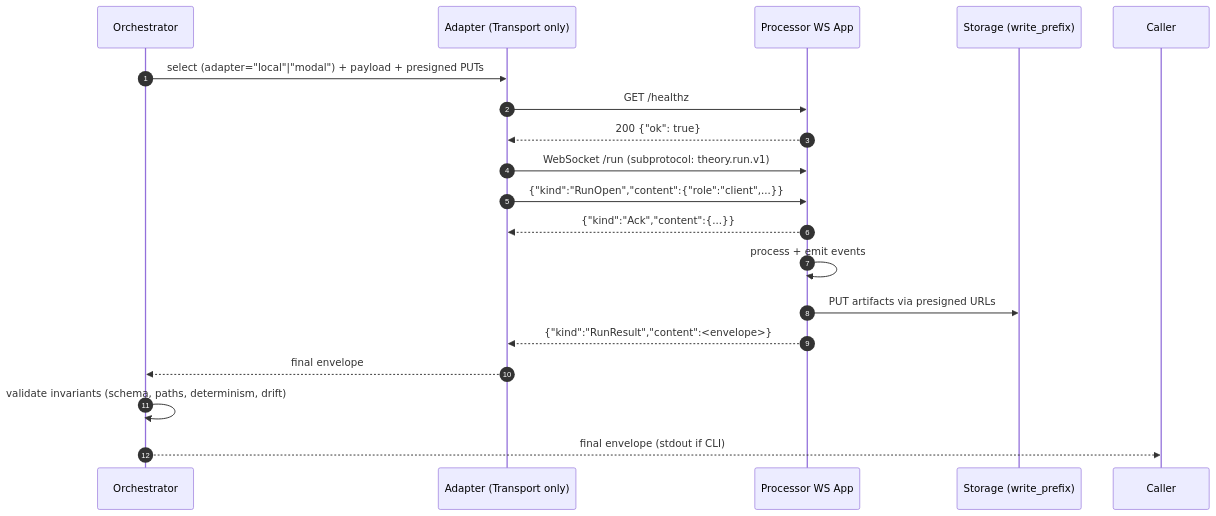
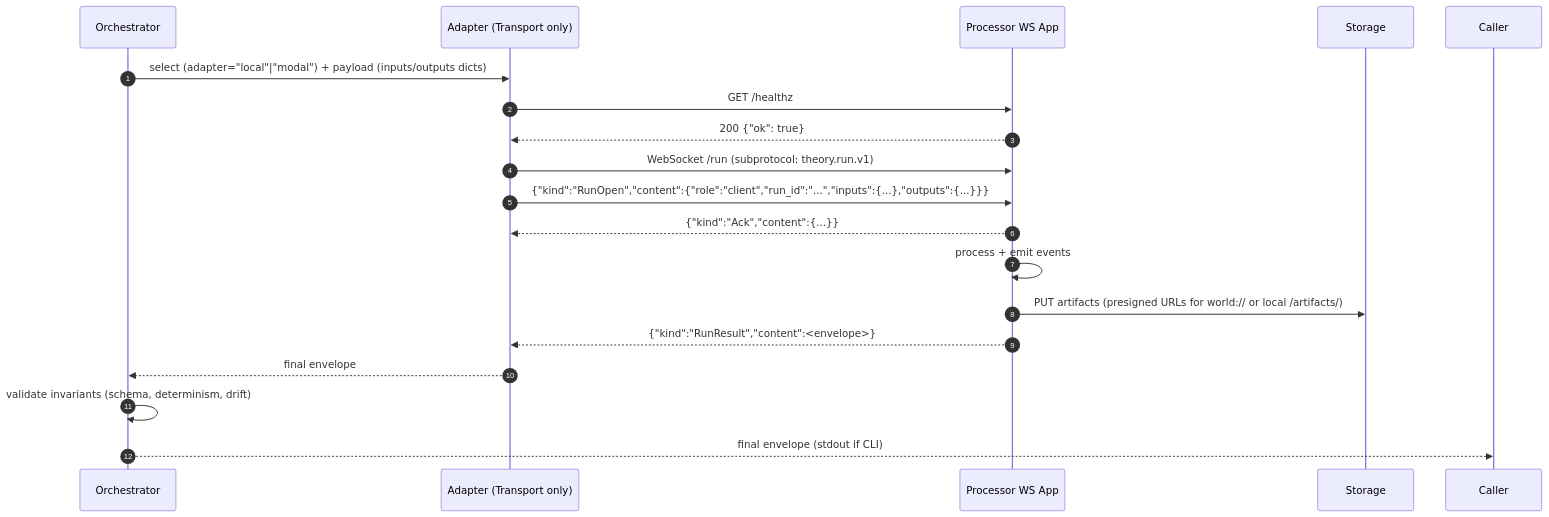
One commit to veyorokon/theory-api changed the first of 2 diagrams in agents/engineer.md. Above: the diagram before and after it, drawn with Mermaid. The commit also changed other lines of this file and 5 other files, not shown here.

````diff
--- a/agents/engineer.md
+++ b/agents/engineer.md
@@ -195,20 +195,20 @@
 ```mermaid
 sequenceDiagram
   autonumber
   participant O as Orchestrator
   participant A as Adapter (Transport only)
   participant P as Processor WS App
-  participant S as Storage (write_prefix)
-  O->>A: select (adapter="local"|"modal") + payload + presigned PUTs
+  participant S as Storage
+  O->>A: select (adapter="local"|"modal") + payload (inputs/outputs dicts)
   A->>P: GET /healthz
   P-->>A: 200 {"ok": true}
   A->>P: WebSocket /run (subprotocol: theory.run.v1)
-  A->>P: {"kind":"RunOpen","content":{"role":"client",...}}
+  A->>P: {"kind":"RunOpen","content":{"role":"client","run_id":"...","inputs":{...},"outputs":{...}}}
   P-->>A: {"kind":"Ack","content":{...}}
   P->>P: process + emit events
-  P->>S: PUT artifacts via presigned URLs
+  P->>S: PUT artifacts (presigned URLs for world:// or local /artifacts/)
   P-->>A: {"kind":"RunResult","content":<envelope>}
   A-->>O: final envelope
-  O->>O: validate invariants (schema, paths, determinism, drift)
+  O->>O: validate invariants (schema, determinism, drift)
   O-->>Caller: final envelope (stdout if CLI)
 ```
````
